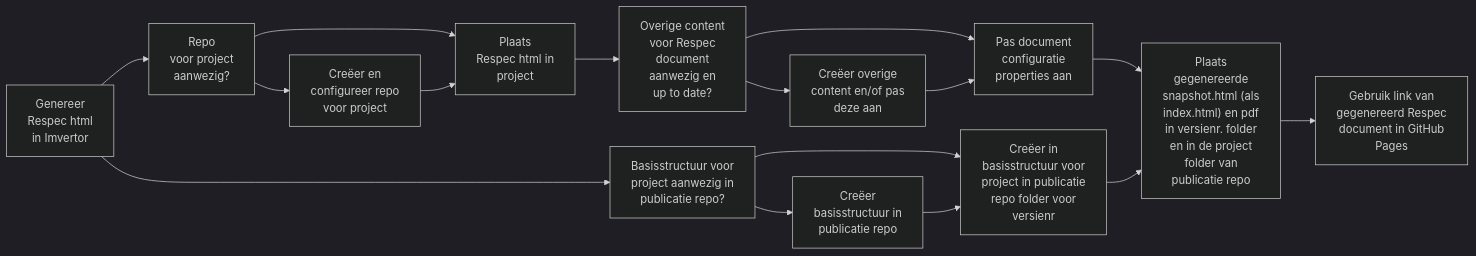
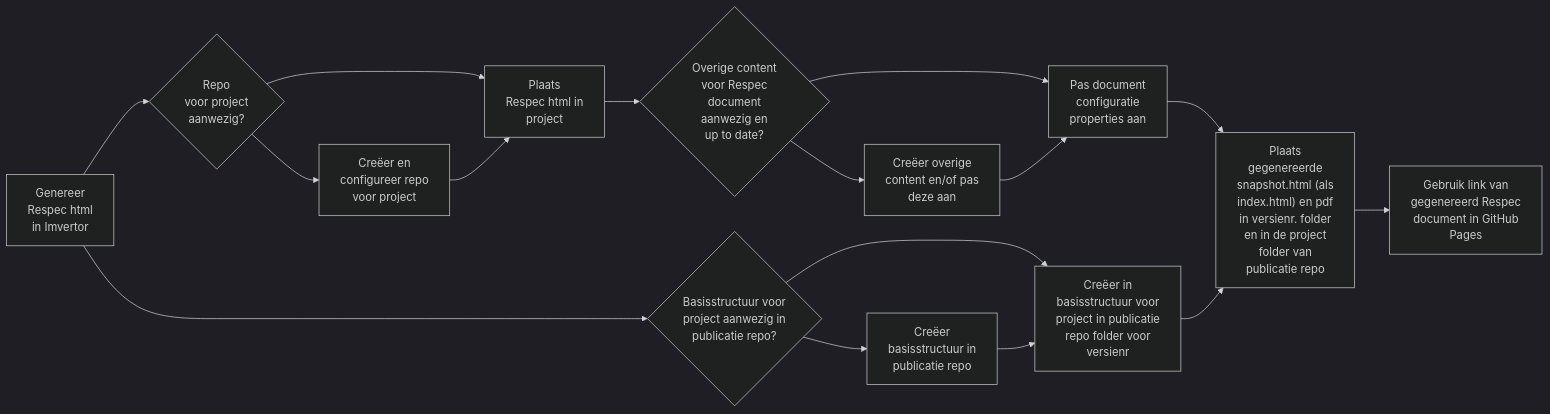
Before and after one commit to melsk-r/VNG-R-Respec-Template: the diagram in mermaid.md, drawn with Mermaid (dark theme).

```diff
--- a/mermaid.md
+++ b/mermaid.md
@@ -7,35 +7,43 @@
 graph LR;
     A["Genereer
 Respec html
-in Imvertor"]-->B["Repo
+in Imvertor"]-->B{"Repo
 voor project
-aanwezig?"];
-    B["Repo
+aanwezig?"};
+    B{"Repo
 voor project
-aanwezig?"]-->C["Creëer en
+aanwezig?"}-->C["Creëer en
 configureer repo
 voor project"];
-    B["Repo
+    B{"Repo
 voor project
-aanwezig?"]-->D["Plaats Respec html in project"];
+aanwezig?"}-->D["Plaats
+Respec html in
+project"];
     C["Creëer en
 configureer repo
-voor project"]-->D["Plaats Respec html in project"];
+voor project"]-->D["Plaats
+Respec html in
+project"];
     D["Plaats
 Respec html in
-project"]-->E["Overige content voor Respec document aanwezig en up to date?"];
-    E["Overige content
+project"]-->E{"Overige content
 voor Respec
 document
 aanwezig en
-up to date?"]-->F["Creëer overige
-content en/of pas
-deze aan"];
-    E["Overige content
+up to date?"};
+    E{"Overige content
 voor Respec
 document
 aanwezig en
-up to date?"]-->G["Pas document
+up to date?"}-->F["Creëer overige
+content en/of pas
+deze aan"];
+    E{"Overige content
+voor Respec
+document
+aanwezig en
+up to date?"}-->G["Pas document
 configuratie
 properties aan"];
 F["Creëer overige
@@ -45,17 +53,17 @@
 properties aan"];
     A["Genereer
 Respec html
-in Imvertor"]-->H["Basisstructuur voor
+in Imvertor"]-->H{"Basisstructuur voor
 project aanwezig in
-publicatie repo?"];
-    H["Basisstructuur voor
+publicatie repo?"};
+    H{"Basisstructuur voor
 project aanwezig in
-publicatie repo?"]-->I["Creëer
+publicatie repo?"}-->I["Creëer
 basisstructuur in
 publicatie repo"];
-    H["Basisstructuur voor
+    H{"Basisstructuur voor
 project aanwezig in
-publicatie repo?"]-->J["Creëer in
+publicatie repo?"}-->J["Creëer in
 basisstructuur voor
 project in publicatie
 repo folder voor
```
